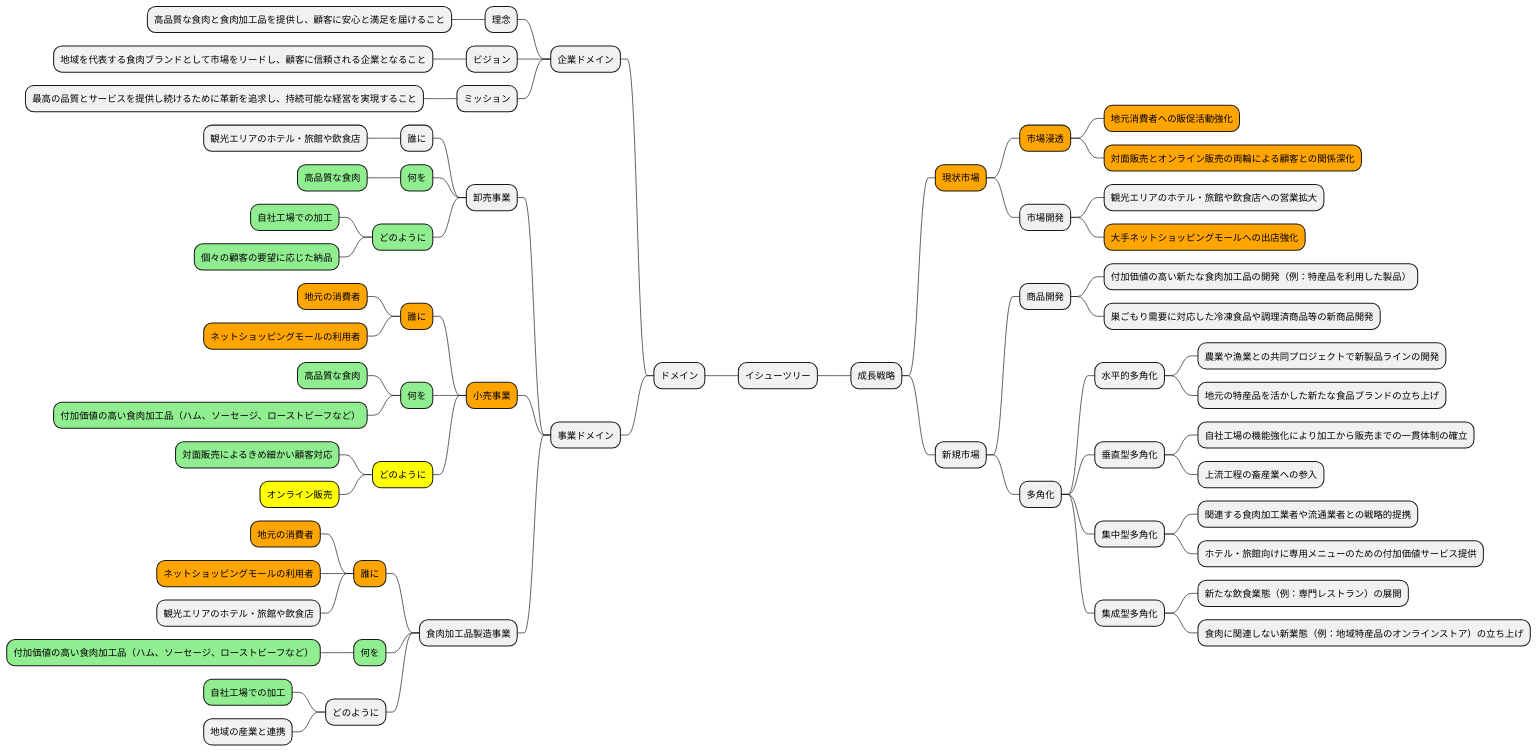
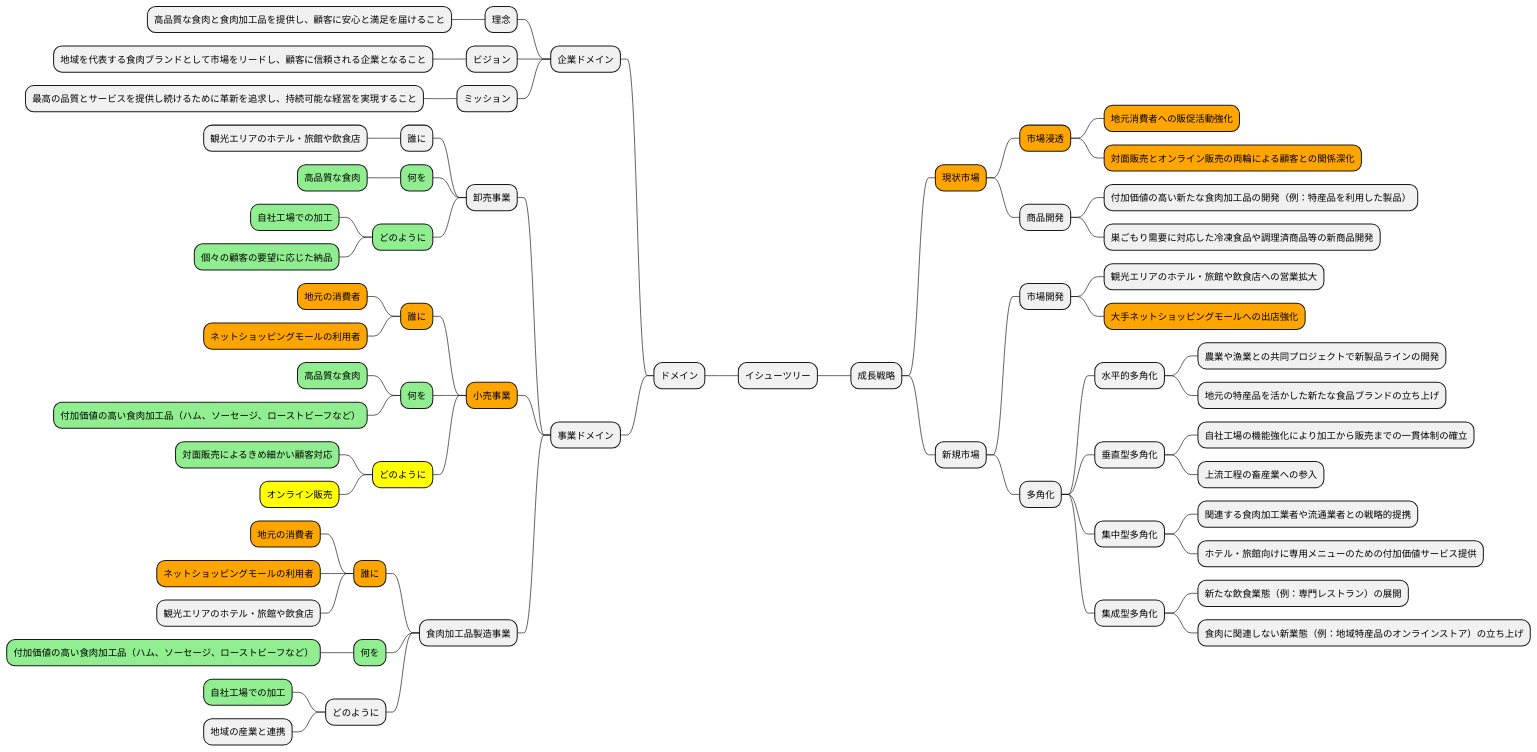
Before and after one commit to k2works/case-sutudy-business-analysis: the seventh of 16 diagrams in docs/case/r04_case_2.adoc, drawn with PlantUML. The commit also changed other lines of this file and 1 other file, not shown here.

```diff
--- a/docs/case/r04_case_2.adoc
+++ b/docs/case/r04_case_2.adoc
@@ -314,69 +314,69 @@
 [plantuml]
 ----
 @startmindmap
 * イシューツリー
 -- ドメイン
 --- 企業ドメイン
 ---- 理念
 ----- 高品質な食肉と食肉加工品を提供し、顧客に安心と満足を届けること
 ---- ビジョン
 ----- 地域を代表する食肉ブランドとして市場をリードし、顧客に信頼される企業となること
 ---- ミッション
 ----- 最高の品質とサービスを提供し続けるために革新を追求し、持続可能な経営を実現すること
 --- 事業ドメイン
 ---- 卸売事業
 ----- 誰に
 ------ 観光エリアのホテル・旅館や飲食店
 -----[#lightgreen] 何を
 ------[#lightgreen] 高品質な食肉
 -----[#lightgreen] どのように
 ------[#lightgreen] 自社工場での加工
 ------[#lightgreen]  個々の顧客の要望に応じた納品
 ----[#orange] 小売事業
 -----[#orange] 誰に
 ------[#orange] 地元の消費者
 ------[#orange] ネットショッピングモールの利用者
 -----[#lightgreen] 何を
 ------[#lightgreen] 高品質な食肉
 ------[#lightgreen]  付加価値の高い食肉加工品（ハム、ソーセージ、ローストビーフなど）
 -----[#yellow] どのように
 ------[#lightgreen]  対面販売によるきめ細かい顧客対応
 ------[#yellow] オンライン販売
 ---- 食肉加工品製造事業
 -----[#orange] 誰に
 ------[#orange] 地元の消費者
 ------[#orange] ネットショッピングモールの利用者
 ------ 観光エリアのホテル・旅館や飲食店
 -----[#lightgreen] 何を
 ------[#lightgreen] 付加価値の高い食肉加工品（ハム、ソーセージ、ローストビーフなど）
 ----- どのように
 ------[#lightgreen] 自社工場での加工
 ------ 地域の産業と連携
 
 ** 成長戦略
 ***[#orange] 現状市場
 ****[#orange] 市場浸透
 *****[#orange] 地元消費者への販促活動強化
 *****[#orange] 対面販売とオンライン販売の両輪による顧客との関係深化
+**** 商品開発
+***** 付加価値の高い新たな食肉加工品の開発（例：特産品を利用した製品）
+***** 巣ごもり需要に対応した冷凍食品や調理済商品等の新商品開発
+*** 新規市場
 **** 市場開発
 ***** 観光エリアのホテル・旅館や飲食店への営業拡大
 *****[#orange] 大手ネットショッピングモールへの出店強化
-*** 新規市場
-**** 商品開発
-***** 付加価値の高い新たな食肉加工品の開発（例：特産品を利用した製品）
-***** 巣ごもり需要に対応した冷凍食品や調理済商品等の新商品開発
 **** 多角化
 ***** 水平的多角化
 ****** 農業や漁業との共同プロジェクトで新製品ラインの開発
 ****** 地元の特産品を活かした新たな食品ブランドの立ち上げ
 ***** 垂直型多角化
 ****** 自社工場の機能強化により加工から販売までの一貫体制の確立
 ****** 上流工程の畜産業への参入
 ***** 集中型多角化
 ****** 関連する食肉加工業者や流通業者との戦略的提携
 ****** ホテル・旅館向けに専用メニューのための付加価値サービス提供
 ***** 集成型多角化
 ****** 新たな飲食業態（例：専門レストラン）の展開
 ****** 食肉に関連しない新業態（例：地域特産品のオンラインストア）の立ち上げ
 @endmindmap
 ----
```
